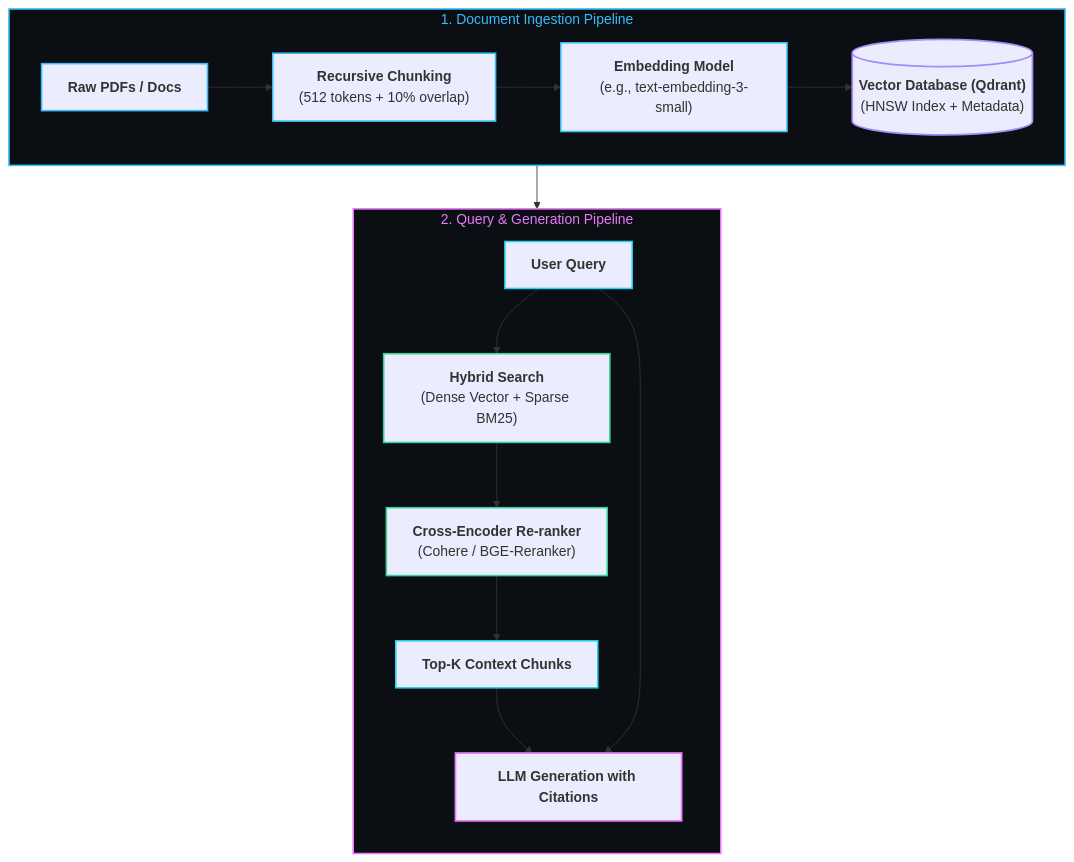
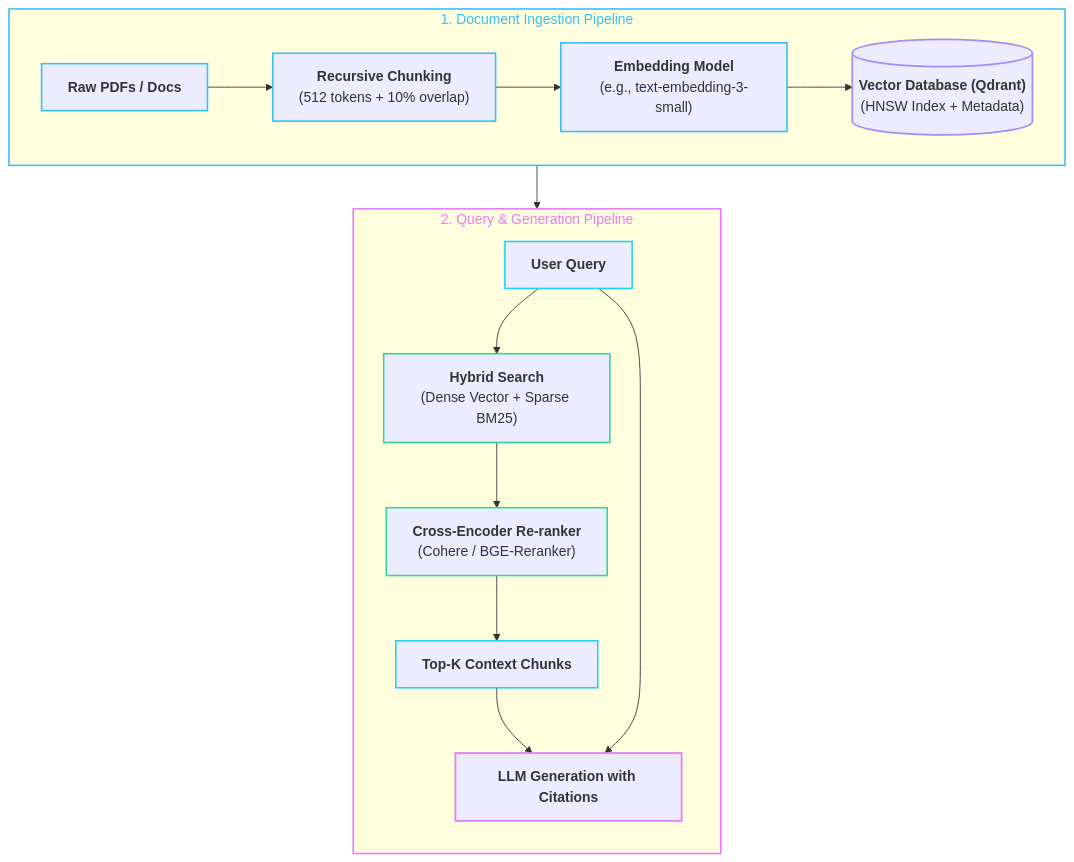
One commit to abhinavbharti2345/CS_Notes changed the diagram in BrainOS/08 - LLM & GenAI/RAG & Vector Databases.md. Above: the diagram before and after it, drawn with Mermaid. The commit also changed 26 other files, not shown here.

Commit message:
feat: initialize BrainOS knowledge base with foundational curriculum and roadmap notes

````diff
--- a/BrainOS/08 - LLM & GenAI/RAG & Vector Databases.md
+++ b/BrainOS/08 - LLM & GenAI/RAG & Vector Databases.md
@@ -29,33 +29,33 @@
 ```mermaid
 flowchart TD
     subgraph INGESTION ["1. Document Ingestion Pipeline"]
         direction LR
         DOC["<b>Raw PDFs / Docs</b>"] --> CHUNK["<b>Recursive Chunking</b><br/>(512 tokens + 10% overlap)"]
         CHUNK --> EMBED["<b>Embedding Model</b><br/>(e.g., text-embedding-3-small)"]
         EMBED --> VDB[("<b>Vector Database (Qdrant)</b><br/>(HNSW Index + Metadata)")]
     end
 
     subgraph RETRIEVAL ["2. Query & Generation Pipeline"]
         direction TB
         Q["<b>User Query</b>"] --> HYBRID["<b>Hybrid Search</b><br/>(Dense Vector + Sparse BM25)"]
         VDB --> HYBRID
         HYBRID --> RERANK["<b>Cross-Encoder Re-ranker</b><br/>(Cohere / BGE-Reranker)"]
         RERANK --> CONTEXT["<b>Top-K Context Chunks</b>"]
         CONTEXT & Q --> LLM["<b>LLM Generation with Citations</b>"]
     end
 
-    style INGESTION fill:#0B0F14,stroke:#38BDF8,stroke-width:1.8px,color:#38BDF8
-    style RETRIEVAL fill:#0B0F14,stroke:#E879F9,stroke-width:1.8px,color:#E879F9
+    style INGESTION stroke:#38BDF8,stroke-width:1.8px,color:#38BDF8
+    style RETRIEVAL stroke:#E879F9,stroke-width:1.8px,color:#E879F9
 
     classDef ingestNode stroke:#38BDF8,stroke-width:1.8px;
     classDef vdbNode stroke:#A78BFA,stroke-width:2px;
     classDef queryNode stroke:#22D3EE,stroke-width:1.8px;
     classDef rankNode stroke:#34D399,stroke-width:1.8px;
     classDef llmNode stroke:#E879F9,stroke-width:2px;
 
     class DOC,CHUNK,EMBED ingestNode;
     class VDB vdbNode;
     class Q,CONTEXT queryNode;
     class HYBRID,RERANK rankNode;
     class LLM llmNode;
 ```
````
